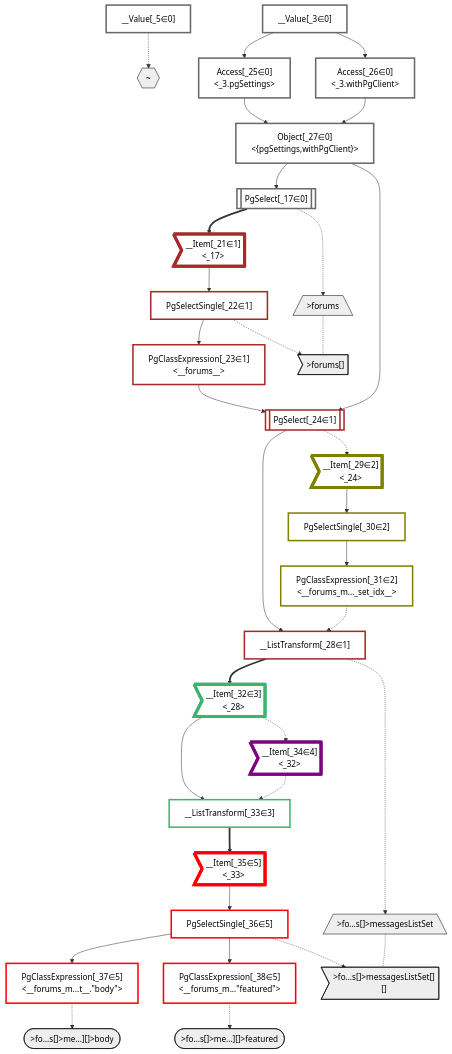
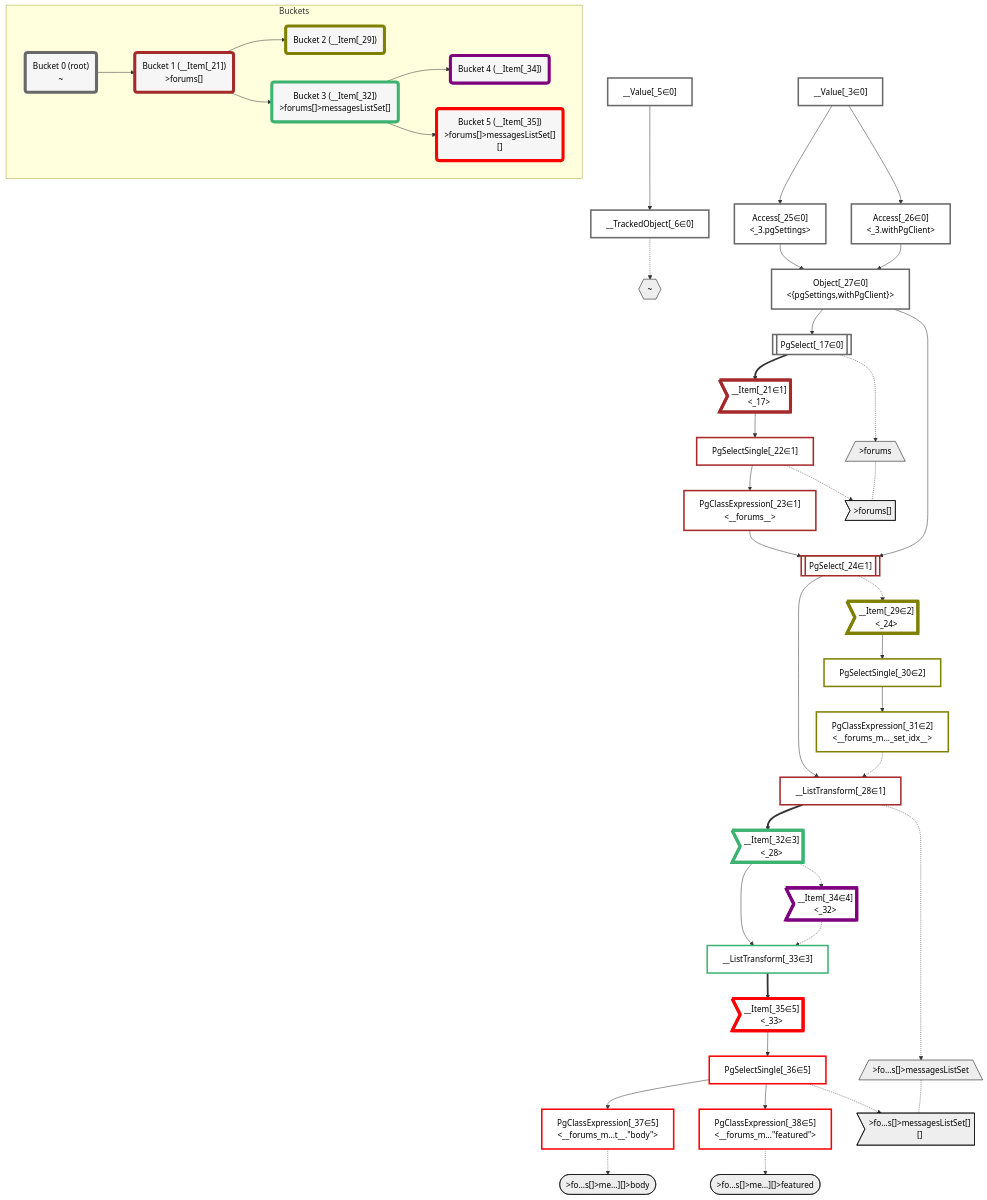
Before and after one commit to graphile/crystal: the diagram in packages/dataplan-pg/__tests__/queries/functions/computed-column-forums-messages-list-set.deopt.mermaid.md, drawn with Mermaid. The commit also changed 195 other files, not shown here.

````diff
--- a/packages/dataplan-pg/__tests__/queries/functions/computed-column-forums-messages-list-set.deopt.mermaid.md
+++ b/packages/dataplan-pg/__tests__/queries/functions/computed-column-forums-messages-list-set.deopt.mermaid.md
@@ -4,6 +4,7 @@
     classDef plan fill:#fff,stroke-width:3px,color:#000
     classDef itemplan fill:#fff,stroke-width:6px,color:#000
     classDef sideeffectplan fill:#f00,stroke-width:6px,color:#000
+    classDef bucket fill:#f6f6f6,color:#000,stroke-width:6px
 
     %% subgraph fields
     P1{{"~"}}:::path
@@ -24,6 +25,7 @@
     %% define plans
     __Value_3["__Value[_3∈0]<br /><context>"]:::plan
     __Value_5["__Value[_5∈0]<br /><rootValue>"]:::plan
+    __TrackedObject_6["__TrackedObject[_6∈0]"]:::plan
     PgSelect_17[["PgSelect[_17∈0]<br /><forums>"]]:::plan
     __Item_21>"__Item[_21∈1]<br /><_17>"]:::itemplan
     PgSelectSingle_22["PgSelectSingle[_22∈1]<br /><forums>"]:::plan
@@ -45,6 +47,7 @@
     PgClassExpression_38["PgClassExpression[_38∈5]<br /><__forums_m...#quot;featured#quot;>"]:::plan
 
     %% plan dependencies
+    __Value_5 --> __TrackedObject_6
     Object_27 --> PgSelect_17
     PgSelect_17 ==> __Item_21
     __Item_21 --> PgSelectSingle_22
@@ -70,7 +73,7 @@
     PgSelectSingle_36 --> PgClassExpression_38
 
     %% plan-to-path relationships
-    __Value_5 -.-> P1
+    __TrackedObject_6 -.-> P1
     PgSelect_17 -.-> P2
     PgSelectSingle_22 -.-> P3
     __ListTransform_28 -.-> P4
@@ -80,7 +83,7 @@
 
     %% allocate buckets
     classDef bucket0 stroke:#696969
-    class __Value_3,__Value_5,PgSelect_17,Access_25,Access_26,Object_27 bucket0
+    class __Value_3,__Value_5,__TrackedObject_6,PgSelect_17,Access_25,Access_26,Object_27 bucket0
     classDef bucket1 stroke:#a52a2a
     class __Item_21,PgSelectSingle_22,PgClassExpression_23,PgSelect_24,__ListTransform_28 bucket1
     classDef bucket2 stroke:#808000
@@ -91,4 +94,24 @@
     class __Item_34 bucket4
     classDef bucket5 stroke:#ff0000
     class __Item_35,PgSelectSingle_36,PgClassExpression_37,PgClassExpression_38 bucket5
+
+    subgraph Buckets
+    Bucket0("Bucket 0 (root)<br />~"):::bucket
+    style Bucket0 stroke:#696969
+    Bucket1("Bucket 1 (__Item[_21])<br />>forums[]"):::bucket
+    style Bucket1 stroke:#a52a2a
+    Bucket0 --> Bucket1
+    Bucket2("Bucket 2 (__Item[_29])<br />"):::bucket
+    style Bucket2 stroke:#808000
+    Bucket1 --> Bucket2
+    Bucket3("Bucket 3 (__Item[_32])<br />>forums[]>messagesListSet[]"):::bucket
+    style Bucket3 stroke:#3cb371
+    Bucket1 --> Bucket3
+    Bucket4("Bucket 4 (__Item[_34])<br />"):::bucket
+    style Bucket4 stroke:#7f007f
+    Bucket3 --> Bucket4
+    Bucket5("Bucket 5 (__Item[_35])<br />>forums[]>messagesListSet[][]"):::bucket
+    style Bucket5 stroke:#ff0000
+    Bucket3 --> Bucket5
+    end
 ```
````
